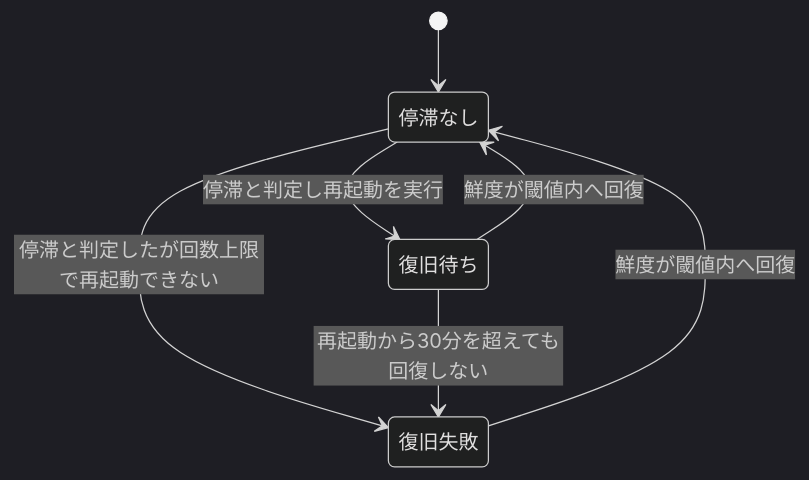
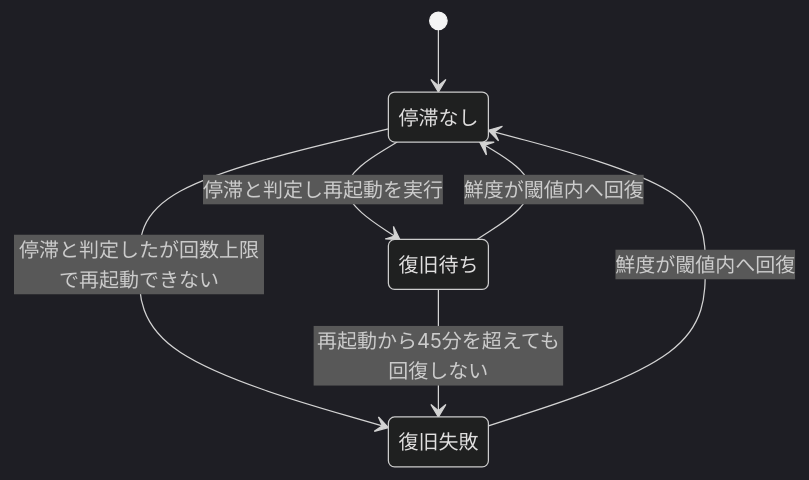
Before and after one commit to dnode-ryosuke-yamazaki/study: the second of 2 diagrams in apps/teams-transcript-fetcher/specs/sync-stall-recovery/design.md, drawn with Mermaid (dark theme). The commit also changed other lines of this file and 10 other files, not shown here.

````diff
--- a/apps/teams-transcript-fetcher/specs/sync-stall-recovery/design.md
+++ b/apps/teams-transcript-fetcher/specs/sync-stall-recovery/design.md
@@ -156,9 +156,9 @@
 ```mermaid
 stateDiagram-v2
     [*] --> 停滞なし
     停滞なし --> 復旧待ち: 停滞と判定し再起動を実行
     停滞なし --> 復旧失敗: 停滞と判定したが回数上限で再起動できない
     復旧待ち --> 停滞なし: 鮮度が閾値内へ回復
-    復旧待ち --> 復旧失敗: 再起動から30分を超えても回復しない
+    復旧待ち --> 復旧失敗: 再起動から45分を超えても回復しない
     復旧失敗 --> 停滞なし: 鮮度が閾値内へ回復
 ```
````
